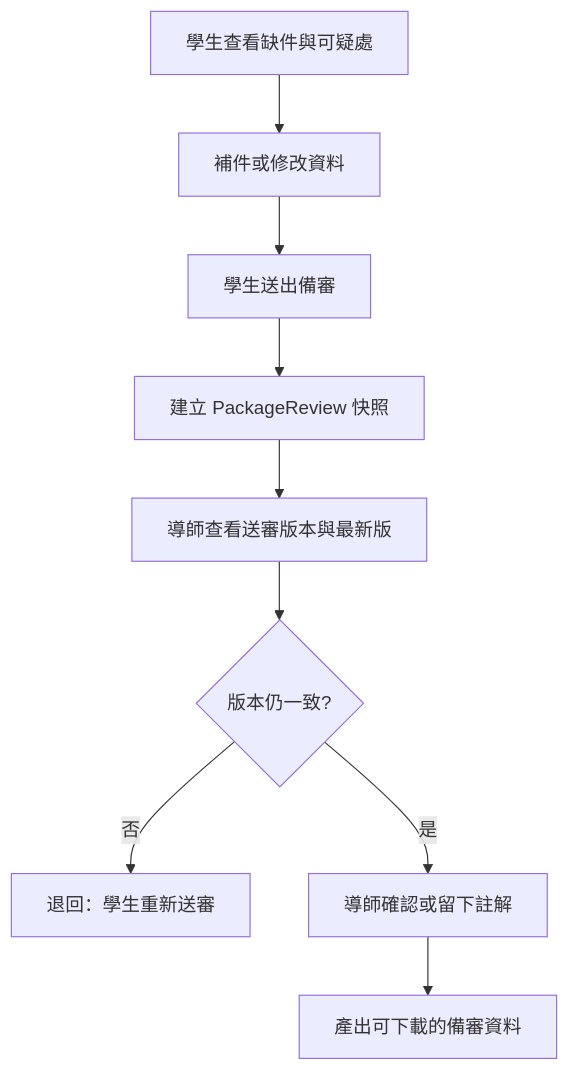
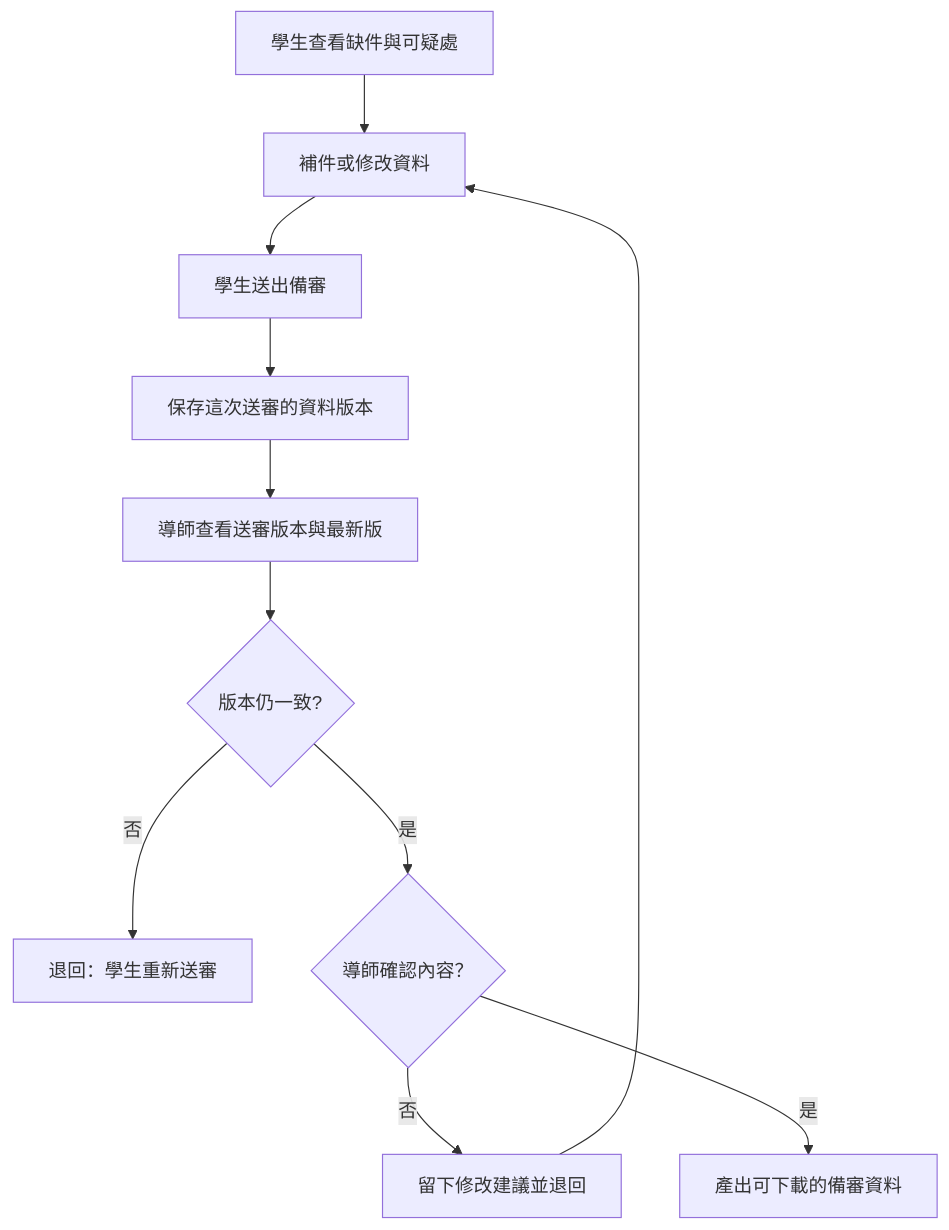
The diagram in docs/images/D-28-review-package-flow.mmd (vujhdcusa/1028), drawn with Mermaid before and after one commit. The commit also changed 79 other files, not shown here.

First line of the commit message:
雲端副本符合度檢查與排版修正；提交 GPT 未提交的流程圖；修正圖 26、32；流程圖大全簡報補齊圖片

```diff
--- a/docs/images/D-28-review-package-flow.mmd
+++ b/docs/images/D-28-review-package-flow.mmd
@@ -1,9 +1,11 @@
 flowchart TD
   A[學生查看缺件與可疑處] --> B[補件或修改資料]
   B --> C[學生送出備審]
-  C --> D[建立 PackageReview 快照]
+  C --> D[保存這次送審的資料版本]
   D --> E[導師查看送審版本與最新版]
   E --> F{版本仍一致?}
   F -- 否 --> G[退回：學生重新送審]
-  F -- 是 --> H[導師確認或留下註解]
-  H --> I[產出可下載的備審資料]
+  F -- 是 --> H{導師確認內容？}
+  H -- 否 --> J[留下修改建議並退回]
+  J --> B
+  H -- 是 --> I[產出可下載的備審資料]
```
